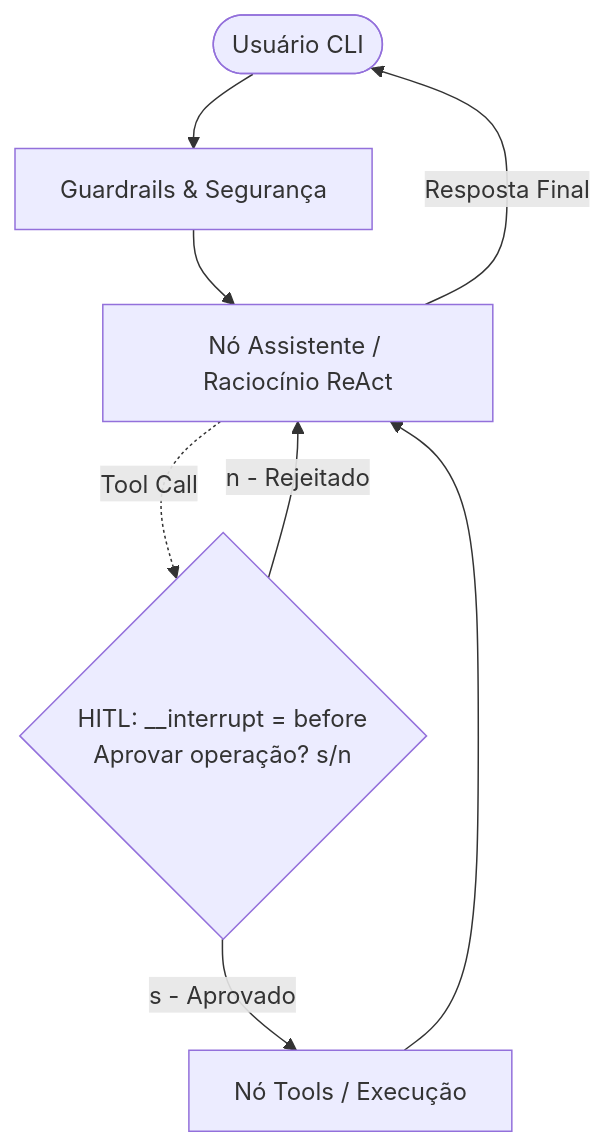
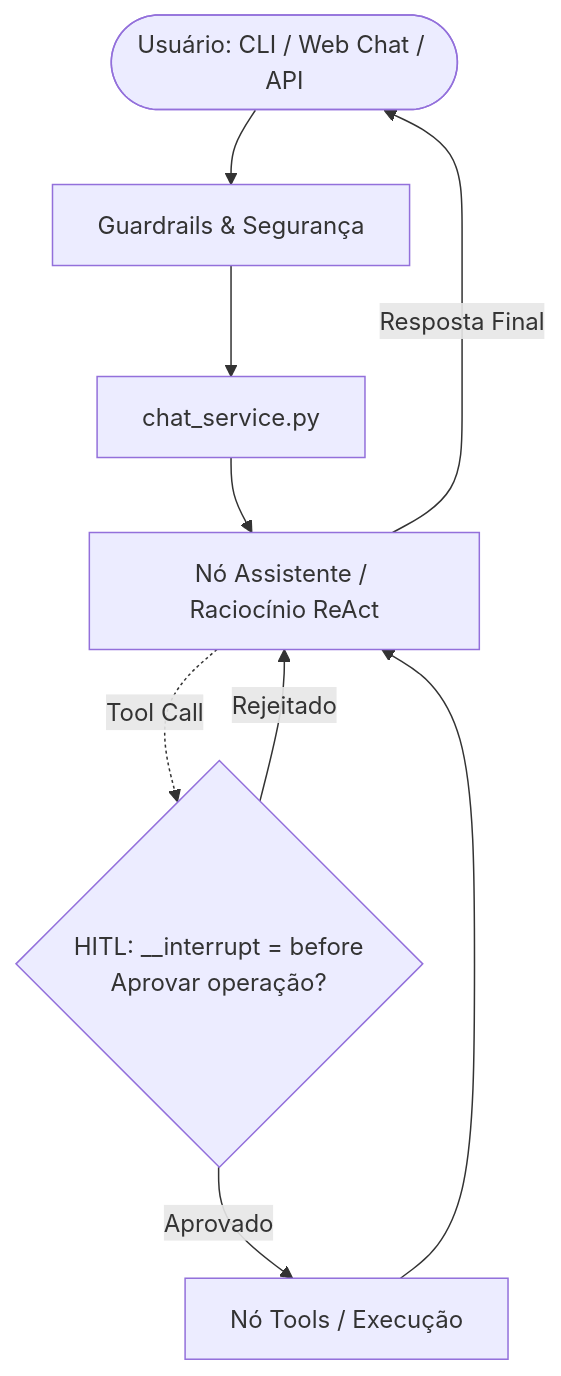
One commit to marcelozacha/agent_banco_clean_api_interface changed the second of 2 diagrams in README.md. Above: the diagram before and after it, drawn with Mermaid. The commit also changed other lines of this file and 8 other files, not shown here.

Commit message:
feat: Adicionado API de CHAT e Interface gráfica web de testes

````diff
--- a/README.md
+++ b/README.md
@@ -59,10 +69,11 @@
 ```mermaid
 graph TD
-    User([Usuário CLI]) --> Guardrails[Guardrails & Segurança]
-    Guardrails --> Assistente[Nó Assistente / Raciocínio ReAct]
-    Assistente -.->|Tool Call| HITL{HITL: __interrupt = before<br/>Aprovar operação? s/n}
-    HITL -->|s - Aprovado| Tools[Nó Tools / Execução]
-    HITL -->|n - Rejeitado| Assistente
+    User([Usuário: CLI / Web Chat / API]) --> Guardrails[Guardrails & Segurança]
+    Guardrails --> ChatService[chat_service.py]
+    ChatService --> Assistente[Nó Assistente / Raciocínio ReAct]
+    Assistente -.->|Tool Call| HITL{HITL: __interrupt = before<br/>Aprovar operação?}
+    HITL -->|Aprovado| Tools[Nó Tools / Execução]
+    HITL -->|Rejeitado| Assistente
     Tools --> Assistente
     Assistente -->|Resposta Final| User
 ```
````
